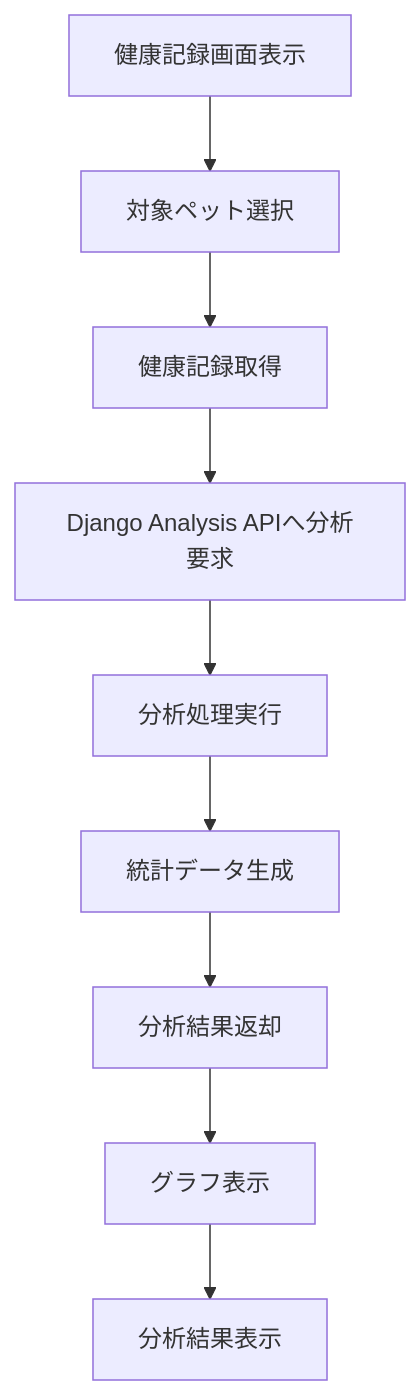
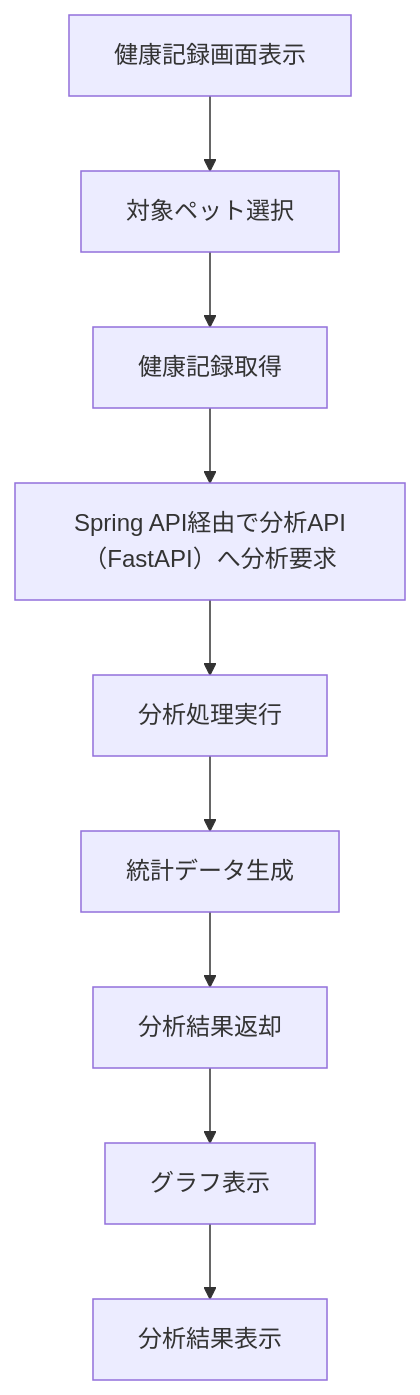
The sixth of 17 diagrams in docs/03_Business_Flow 362d097bd4f7808f8af1ff288a84b306.md (hanyeong0815/daipetto), drawn with Mermaid before and after one commit. The commit also changed other lines of this file and 69 other files, not shown here.

First line of the commit message:
feat(analysis): FastAPI analysis API behind a Spring relay

````diff
--- a/docs/03_Business_Flow 362d097bd4f7808f8af1ff288a84b306.md
+++ b/docs/03_Business_Flow 362d097bd4f7808f8af1ff288a84b306.md
@@ -453,23 +453,23 @@
 ```mermaid
 flowchart TB
 
 	A["健康記録画面表示"]
 
 	B["対象ペット選択"]
 
 	C["健康記録取得"]
 
-	D["Django Analysis APIへ分析要求"]
+	D["Spring API経由で分析API（FastAPI）へ分析要求"]
 
 	E["分析処理実行"]
 
 	F["統計データ生成"]
 
 	G["分析結果返却"]
 
 	H["グラフ表示"]
 
 	I["分析結果表示"]
 
 	A --> B --> C --> D --> E --> F --> G --> H --> I
 ```
````
